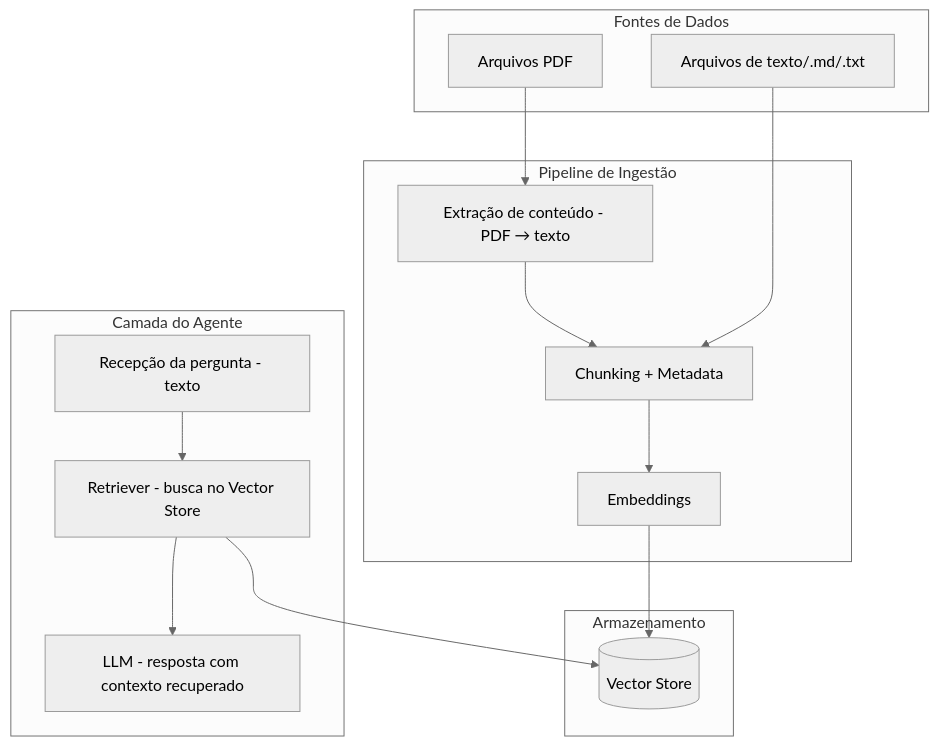
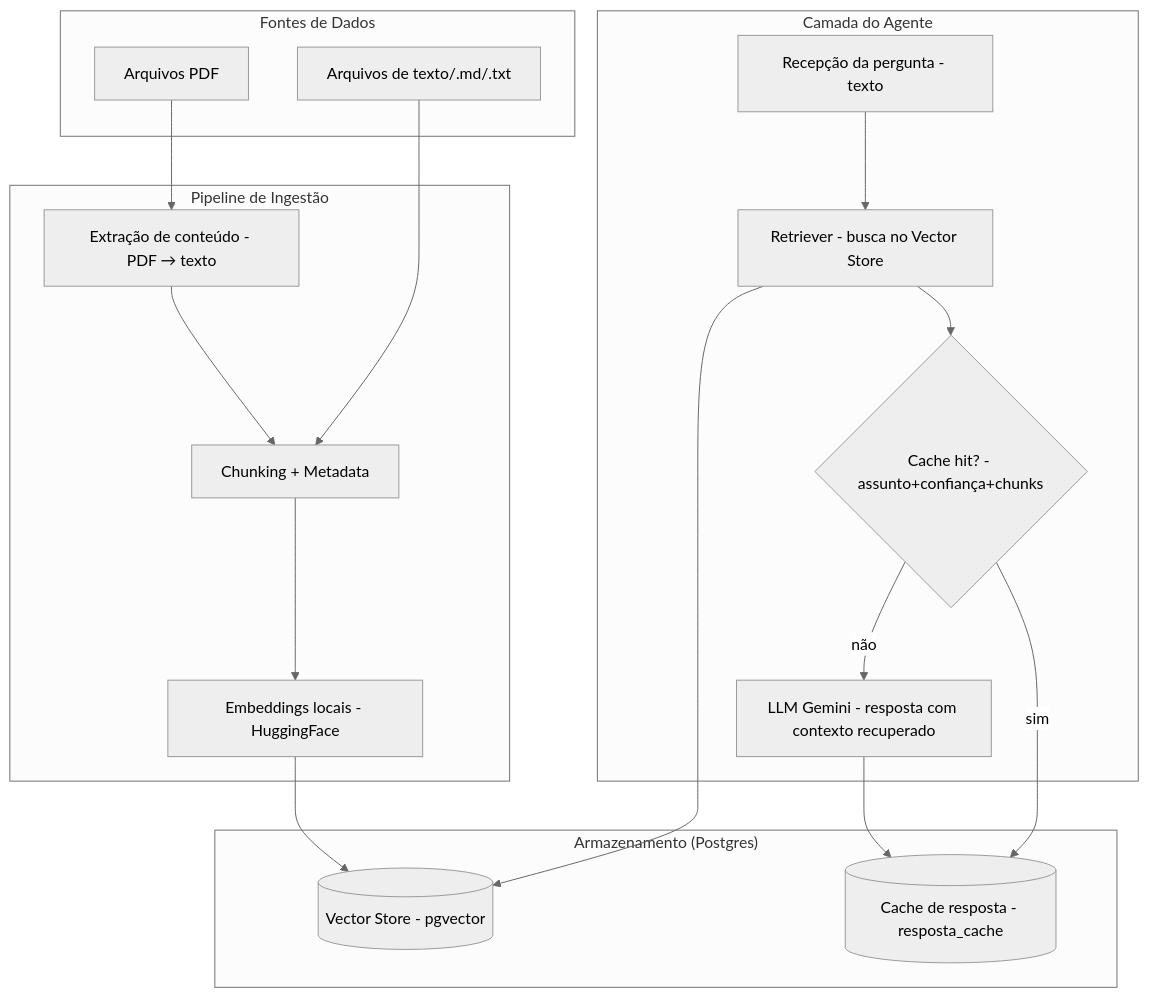
The diagram in arquitetura-agente-ia-suporte-ead-v0.md (HenriqueCDS/ia-agent-puc-digital), drawn with Mermaid (neutral theme) before and after one commit. The commit also changed other lines of this file and 1 other file, not shown here.

````diff
--- a/arquitetura-agente-ia-suporte-ead-v0.md
+++ b/arquitetura-agente-ia-suporte-ead-v0.md
@@ -9,29 +12,33 @@
 ```mermaid
 flowchart TD
     subgraph Fontes["Fontes de Dados"]
         A1[Arquivos PDF]
         A2[Arquivos de texto/.md/.txt]
     end
 
     subgraph Ingestao["Pipeline de Ingestão"]
         B1[Extração de conteúdo - PDF → texto]
         B2[Chunking + Metadata]
-        B3[Embeddings]
+        B3[Embeddings locais - HuggingFace]
     end
 
-    subgraph Armazenamento["Armazenamento"]
-        C1[(Vector Store)]
+    subgraph Armazenamento["Armazenamento (Postgres)"]
+        C1[(Vector Store - pgvector)]
+        C2[(Cache de resposta - resposta_cache)]
     end
 
     subgraph Agente["Camada do Agente"]
         D1[Recepção da pergunta - texto]
         D2[Retriever - busca no Vector Store]
-        D3[LLM - resposta com contexto recuperado]
+        D4{Cache hit? - assunto+confiança+chunks}
+        D3[LLM Gemini - resposta com contexto recuperado]
     end
 
     A1 --> B1 --> B2 --> B3 --> C1
     A2 --> B2
 
     D1 --> D2 --> C1
-    D2 --> D3
+    D2 --> D4
+    D4 -- não --> D3 --> C2
+    D4 -- sim --> C2
 ```
````
